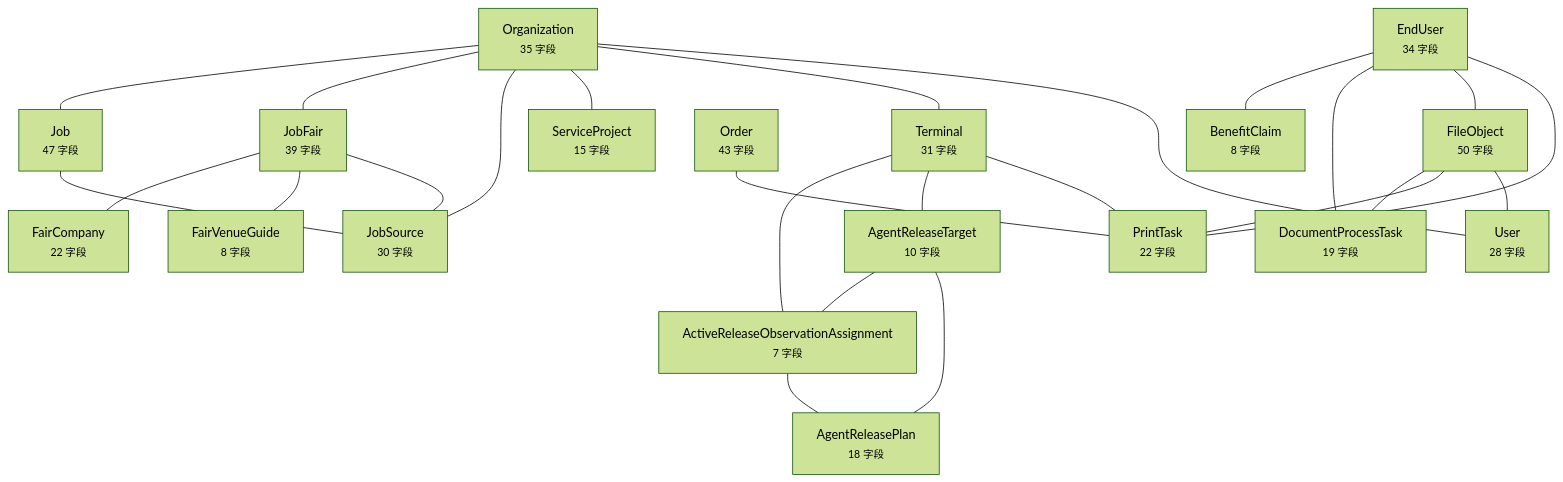
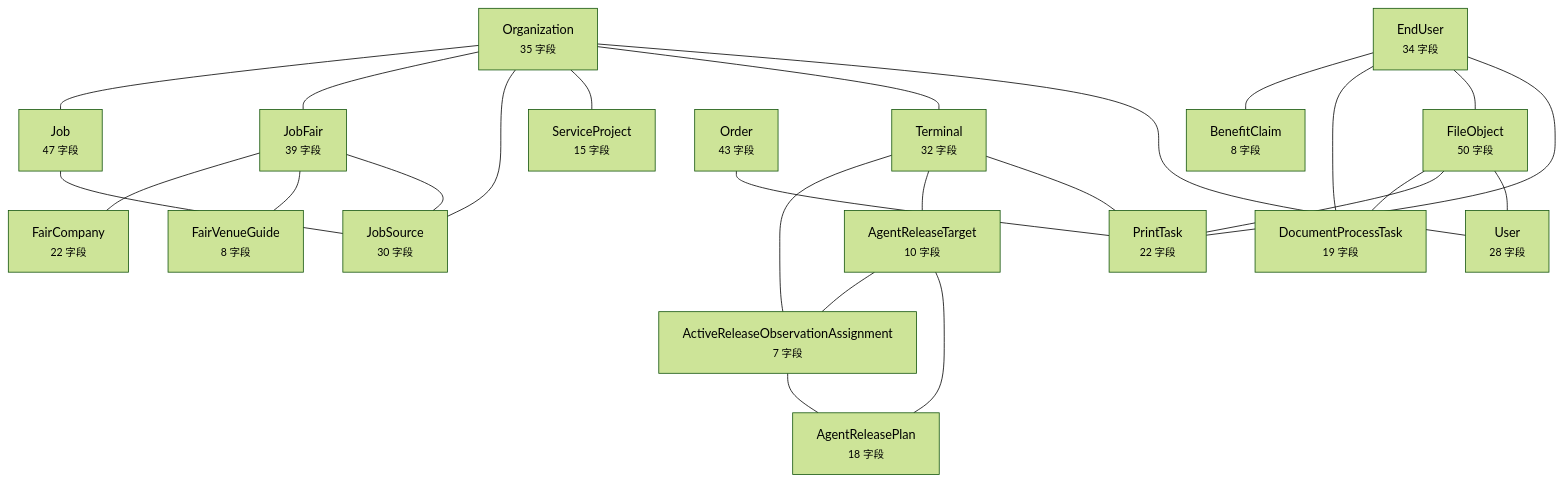
One commit to wanglei581/YITIJI changed the diagram in docs/graph/data-model.md. Above: the diagram before and after it, drawn with Mermaid (forest theme). The commit also changed other lines of this file and 30 other files, not shown here.

````diff
--- a/docs/graph/data-model.md
+++ b/docs/graph/data-model.md
@@ -10,45 +10,45 @@
 ```mermaid
 flowchart TD
   EndUser["EndUser<br/><small>34 字段</small>"]
   Organization["Organization<br/><small>35 字段</small>"]
-  Terminal["Terminal<br/><small>31 字段</small>"]
+  Terminal["Terminal<br/><small>32 字段</small>"]
   FileObject["FileObject<br/><small>50 字段</small>"]
   Job["Job<br/><small>47 字段</small>"]
   JobFair["JobFair<br/><small>39 字段</small>"]
   JobSource["JobSource<br/><small>30 字段</small>"]
   User["User<br/><small>28 字段</small>"]
   Order["Order<br/><small>43 字段</small>"]
   PrintTask["PrintTask<br/><small>22 字段</small>"]
   AgentReleaseTarget["AgentReleaseTarget<br/><small>10 字段</small>"]
   ServiceProject["ServiceProject<br/><small>15 字段</small>"]
   ActiveReleaseObservationAssignment["ActiveReleaseObservationAssignment<br/><small>7 字段</small>"]
   AgentReleasePlan["AgentReleasePlan<br/><small>18 字段</small>"]
   BenefitClaim["BenefitClaim<br/><small>8 字段</small>"]
   DocumentProcessTask["DocumentProcessTask<br/><small>19 字段</small>"]
   FairCompany["FairCompany<br/><small>22 字段</small>"]
   FairVenueGuide["FairVenueGuide<br/><small>8 字段</small>"]
   EndUser --- BenefitClaim
   EndUser --- DocumentProcessTask
   EndUser --- FileObject
   EndUser --- PrintTask
   Organization --- Job
   Organization --- JobFair
   Organization --- JobSource
   Organization --- ServiceProject
   Organization --- Terminal
   Organization --- User
   Terminal --- ActiveReleaseObservationAssignment
   Terminal --- AgentReleaseTarget
   Terminal --- PrintTask
   FileObject --- DocumentProcessTask
   FileObject --- PrintTask
   FileObject --- User
   Job --- JobSource
   JobFair --- FairCompany
   JobFair --- FairVenueGuide
   JobFair --- JobSource
   Order --- PrintTask
   AgentReleaseTarget --- ActiveReleaseObservationAssignment
   AgentReleaseTarget --- AgentReleasePlan
   ActiveReleaseObservationAssignment --- AgentReleasePlan
 ```
````
